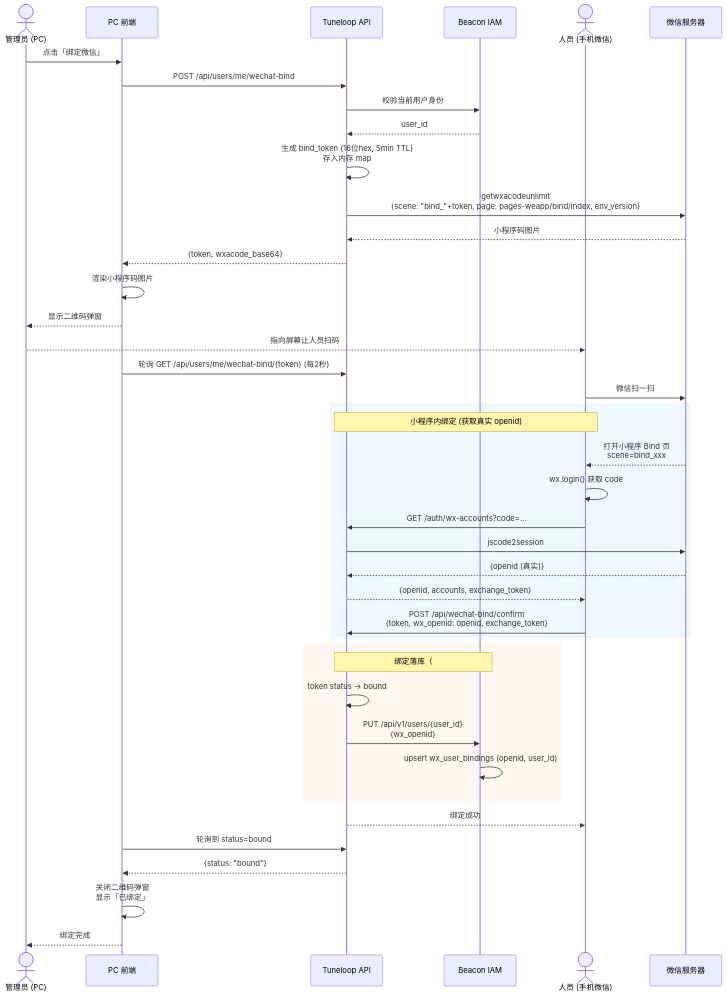
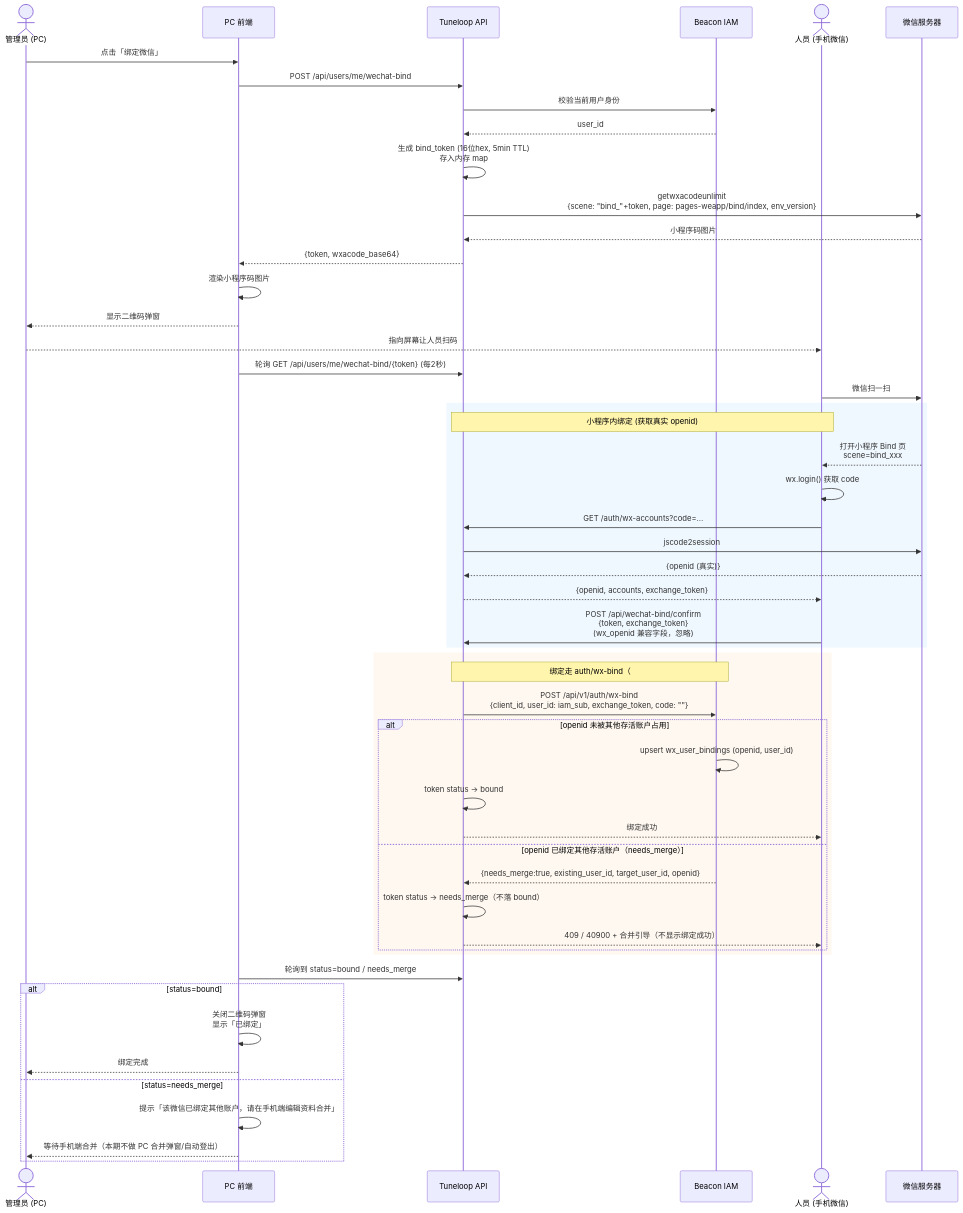
Before and after one commit to HiJohns/tuneloop: the third of 3 diagrams in docs/cases/cases.md, drawn with Mermaid. The commit also changed other lines of this file and 9 other files, not shown here.

First line of the commit message:
fix(issue-2410): route PC QR bind through IAM wx-bind and enforce needs_merge

````diff
--- a/docs/cases/cases.md
+++ b/docs/cases/cases.md
@@ -1243,49 +1243,58 @@
 ```mermaid
 sequenceDiagram
     actor Admin as 管理员 (PC)
     participant PC as PC 前端
     participant API as Tuneloop API
     participant IAM as Beacon IAM
     actor Staff as 人员 (手机微信)
     participant WX as 微信服务器
 
     Admin->>PC: 点击「绑定微信」
     PC->>API: POST /api/users/me/wechat-bind
     API->>IAM: 校验当前用户身份
     IAM-->>API: user_id
     API->>API: 生成 bind_token (16位hex, 5min TTL)<br/>存入内存 map
     API->>WX: getwxacodeunlimit<br/>{scene: "bind_"+token, page: pages-weapp/bind/index, env_version}
     WX-->>API: 小程序码图片
     API-->>PC: {token, wxacode_base64}
     PC->>PC: 渲染小程序码图片
     PC-->>Admin: 显示二维码弹窗
     Admin-->>Staff: 指向屏幕让人员扫码
     PC->>API: 轮询 GET /api/users/me/wechat-bind/{token} (每2秒)
 
     Staff->>WX: 微信扫一扫
 
     rect rgb(240, 248, 255)
         Note over Staff, API: 小程序内绑定 (获取真实 openid)
         WX-->>Staff: 打开小程序 Bind 页<br/>scene=bind_xxx
         Staff->>Staff: wx.login() 获取 code
         Staff->>API: GET /auth/wx-accounts?code=...
         API->>WX: jscode2session
         WX-->>API: {openid (真实)}
         API-->>Staff: {openid, accounts, exchange_token}
-        Staff->>API: POST /api/wechat-bind/confirm<br/>{token, wx_openid: openid, exchange_token}
+        Staff->>API: POST /api/wechat-bind/confirm<br/>{token, exchange_token}<br/>(wx_openid 兼容字段，忽略)
     end
 
     rect rgb(255, 248, 240)
-        Note over API, IAM: 绑定落库（#2016：绑定表为唯一权威源）
-        API->>API: token status → bound
-        API->>IAM: PUT /api/v1/users/{user_id}<br/>{wx_openid}
-        IAM->>IAM: upsert wx_user_bindings (openid, user_id)
+        Note over API, IAM: 绑定走 auth/wx-bind（#2410 D1；禁止 UpdateUser 直写 wx_openid）
+        API->>IAM: POST /api/v1/auth/wx-bind<br/>{client_id, user_id: iam_sub, exchange_token, code: ""}
+        alt openid 未被其他存活账户占用
+            IAM->>IAM: upsert wx_user_bindings (openid, user_id)
+            API->>API: token status → bound
+            API-->>Staff: 绑定成功
+        else openid 已绑定其他存活账户（needs_merge）
+            IAM-->>API: {needs_merge:true, existing_user_id, target_user_id, openid}
+            API->>API: token status → needs_merge（不落 bound）
+            API-->>Staff: 409 / 40900 + 合并引导（不显示绑定成功）
+        end
     end
 
-    API-->>Staff: 绑定成功
-
-    PC->>API: 轮询到 status=bound
-    API-->>PC: {status: "bound"}
-    PC->>PC: 关闭二维码弹窗<br/>显示「已绑定」
-    PC-->>Admin: 绑定完成
+    PC->>API: 轮询到 status=bound / needs_merge
+    alt status=bound
+        PC->>PC: 关闭二维码弹窗<br/>显示「已绑定」
+        PC-->>Admin: 绑定完成
+    else status=needs_merge
+        PC->>PC: 提示「该微信已绑定其他账户，请在手机端编辑资料合并」
+        PC-->>Admin: 等待手机端合并（本期不做 PC 合并弹窗/自动登出）
+    end
 ```
````
